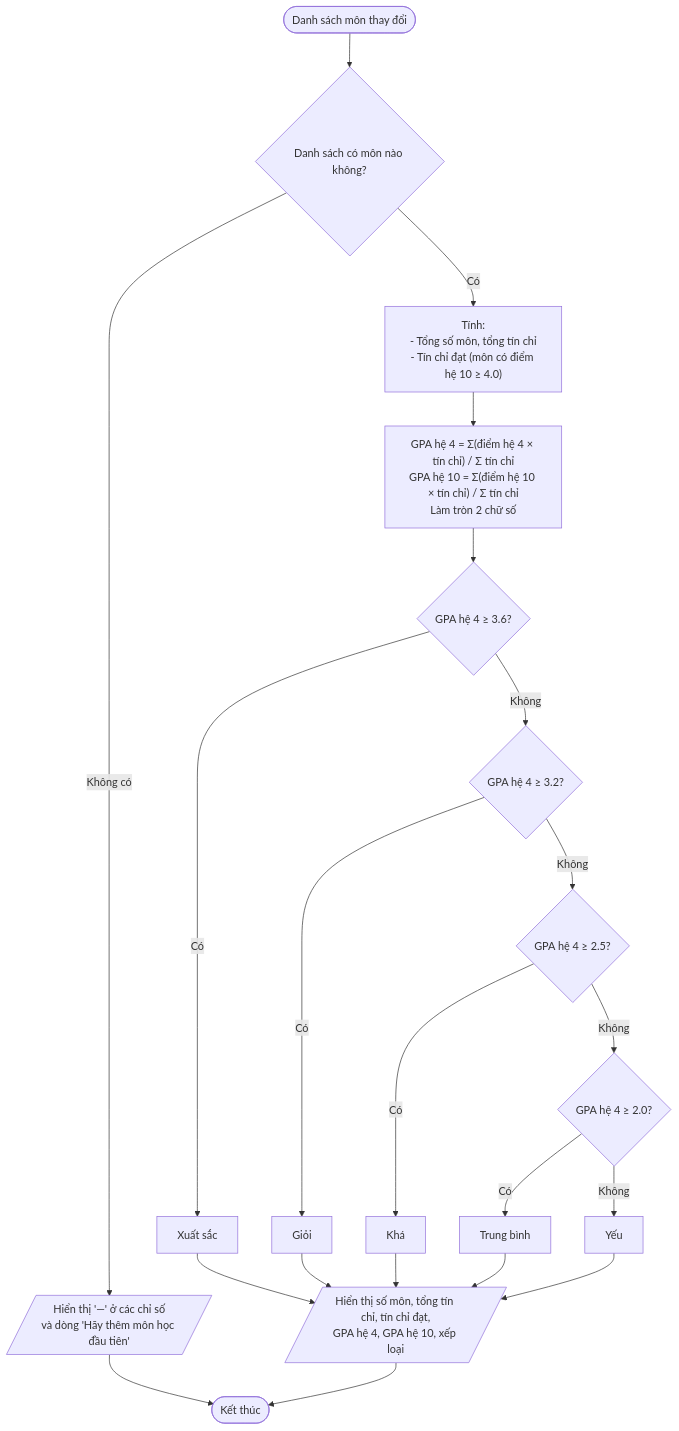
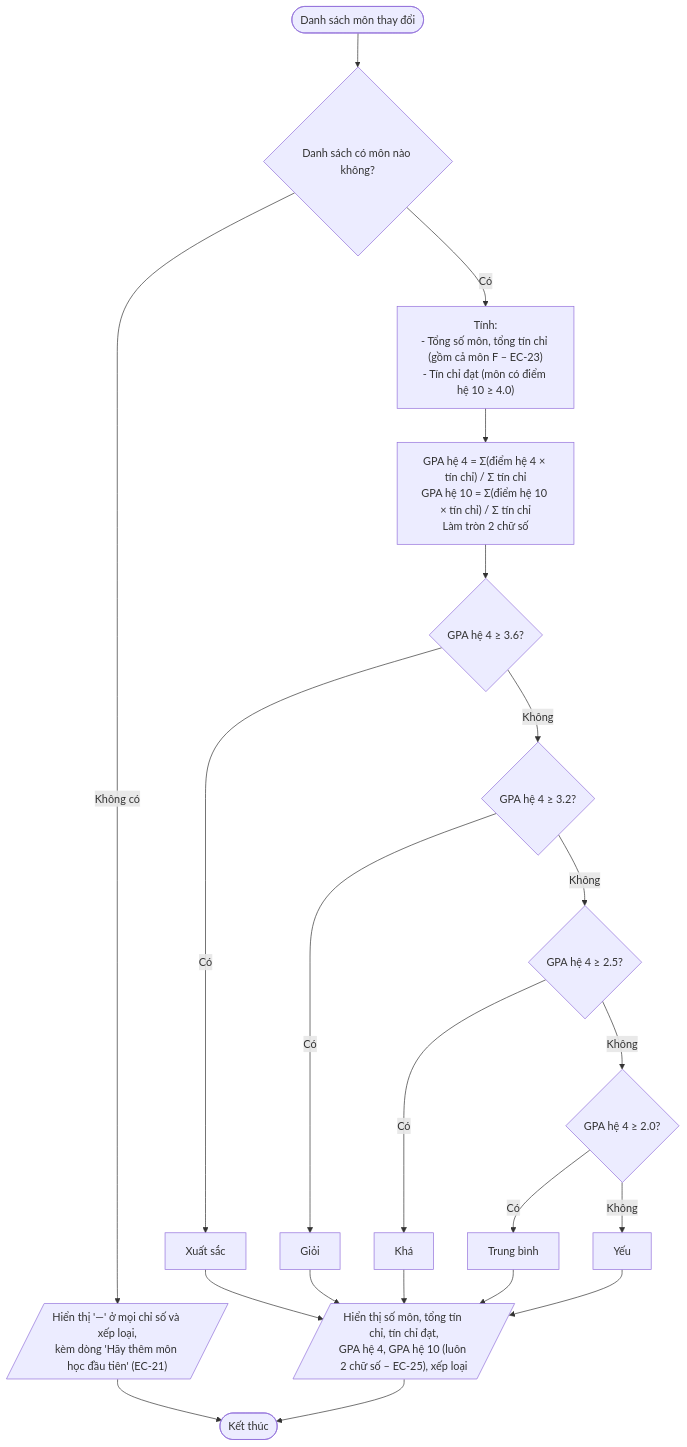
One commit to tqk3101/gpa-tracker changed the third of 8 diagrams in docs/flowcharts.md. Above: the diagram before and after it, drawn with Mermaid. The commit also changed other lines of this file and 1 other file, not shown here.

Commit message:
Update flowcharts and status after design phase

````diff
--- a/docs/flowcharts.md
+++ b/docs/flowcharts.md
@@ -94,32 +94,32 @@
 ```mermaid
 flowchart TD
     S@{ shape: stadium, label: "Danh sách môn thay đổi" }
     EMPTY@{ shape: diamond, label: "Danh sách có môn nào không?" }
-    SHOW0@{ shape: lean-r, label: "Hiển thị '—' ở các chỉ số<br/>và dòng 'Hãy thêm môn học đầu tiên'" }
-    SUM@{ shape: rect, label: "Tính:<br/>- Tổng số môn, tổng tín chỉ<br/>- Tín chỉ đạt (môn có điểm hệ 10 ≥ 4.0)" }
+    SHOW0@{ shape: lean-r, label: "Hiển thị '—' ở mọi chỉ số và xếp loại,<br/>kèm dòng 'Hãy thêm môn học đầu tiên' (EC-21)" }
+    SUM@{ shape: rect, label: "Tính:<br/>- Tổng số môn, tổng tín chỉ (gồm cả môn F – EC-23)<br/>- Tín chỉ đạt (môn có điểm hệ 10 ≥ 4.0)" }
     GPA@{ shape: rect, label: "GPA hệ 4 = Σ(điểm hệ 4 × tín chỉ) / Σ tín chỉ<br/>GPA hệ 10 = Σ(điểm hệ 10 × tín chỉ) / Σ tín chỉ<br/>Làm tròn 2 chữ số" }
     R1@{ shape: diamond, label: "GPA hệ 4 ≥ 3.6?" }
     R2@{ shape: diamond, label: "GPA hệ 4 ≥ 3.2?" }
     R3@{ shape: diamond, label: "GPA hệ 4 ≥ 2.5?" }
     R4@{ shape: diamond, label: "GPA hệ 4 ≥ 2.0?" }
     XS@{ shape: rect, label: "Xuất sắc" }
     G@{ shape: rect, label: "Giỏi" }
     K@{ shape: rect, label: "Khá" }
     TB@{ shape: rect, label: "Trung bình" }
     Y@{ shape: rect, label: "Yếu" }
-    SHOW@{ shape: lean-r, label: "Hiển thị số môn, tổng tín chỉ, tín chỉ đạt,<br/>GPA hệ 4, GPA hệ 10, xếp loại" }
+    SHOW@{ shape: lean-r, label: "Hiển thị số môn, tổng tín chỉ, tín chỉ đạt,<br/>GPA hệ 4, GPA hệ 10 (luôn 2 chữ số – EC-25), xếp loại" }
     E@{ shape: stadium, label: "Kết thúc" }
 
     S --> EMPTY
     EMPTY -->|Không có| SHOW0 --> E
     EMPTY -->|Có| SUM --> GPA --> R1
     R1 -->|Có| XS
     R1 -->|Không| R2
     R2 -->|Có| G
     R2 -->|Không| R3
     R3 -->|Có| K
     R3 -->|Không| R4
     R4 -->|Có| TB
     R4 -->|Không| Y
     XS & G & K & TB & Y --> SHOW --> E
 ```
````
